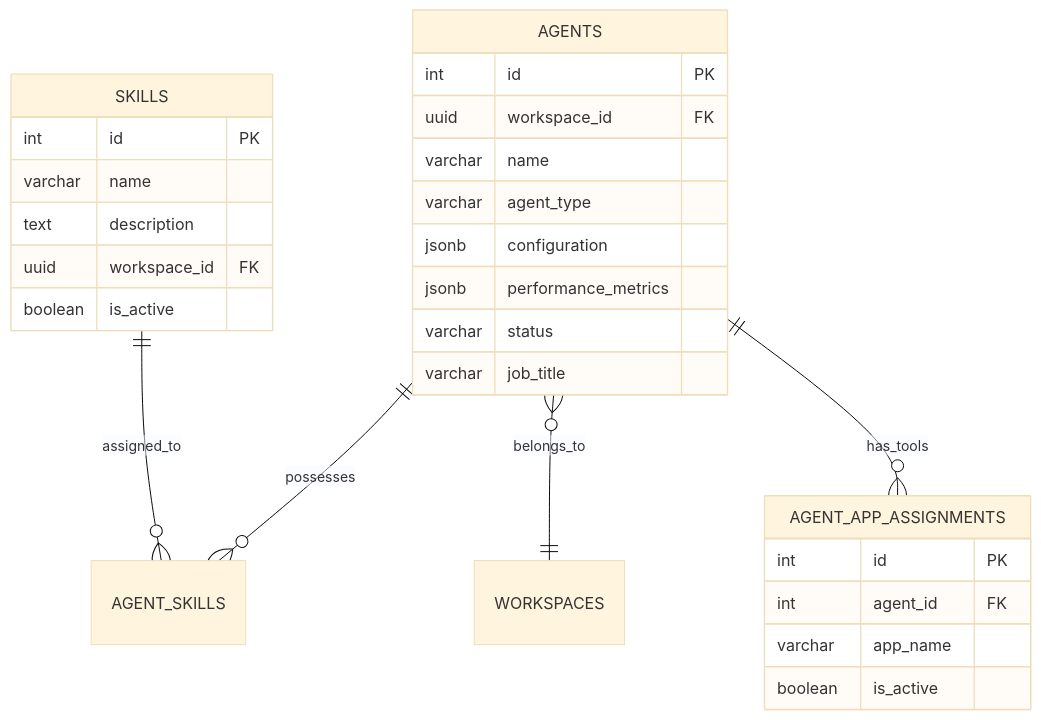
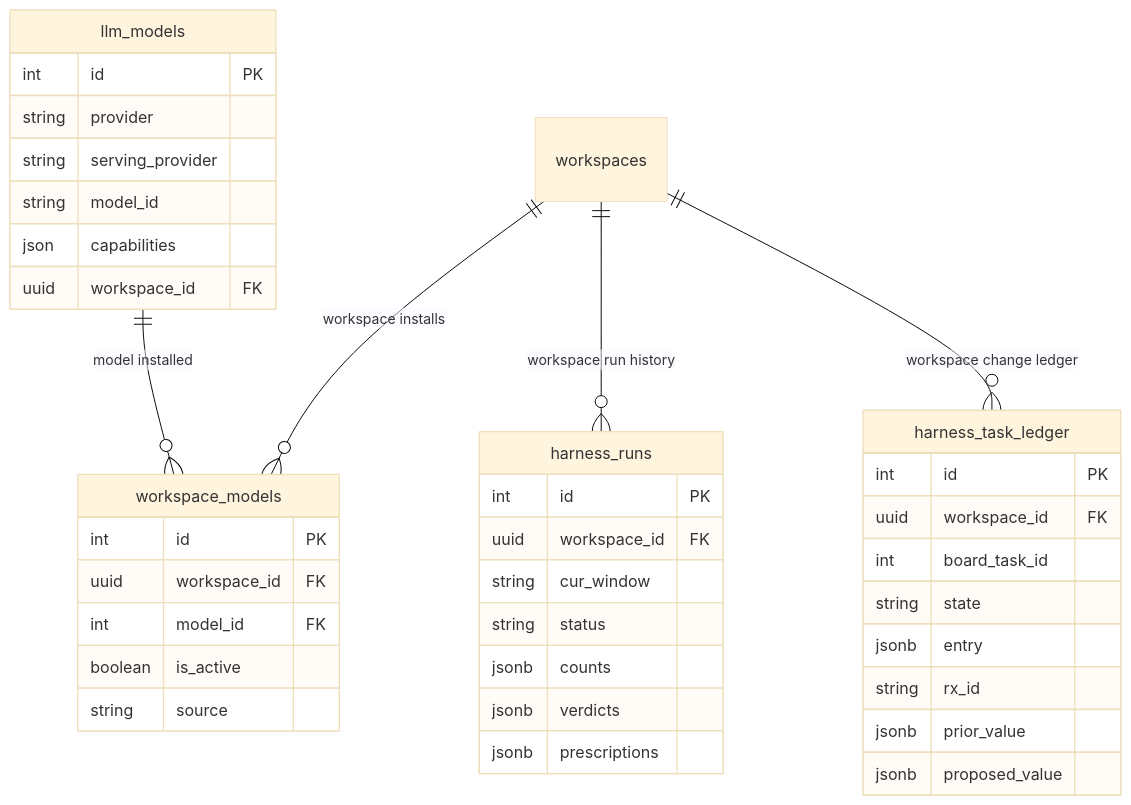
One commit to AutomatosAI/automatos-ai changed the second of 5 diagrams in docs/backend-architecture/database-models-migrations.md. Above: the diagram before and after it, drawn with Mermaid (base theme). The commit also changed other lines of this file and 188 other files, not shown here.

First line of the commit message:
docs: refresh architecture docs and add coverage for new subsystems (#1416)

````diff
--- a/docs/backend-architecture/database-models-migrations.md
+++ b/docs/backend-architecture/database-models-migrations.md
@@ -114,33 +115,45 @@
 ```mermaid
 erDiagram
-    AGENTS ||--o{ AGENT_SKILLS : "possesses"
-    SKILLS ||--o{ AGENT_SKILLS : "assigned_to"
-    AGENTS }o--|| WORKSPACES : "belongs_to"
-    AGENTS ||--o{ AGENT_APP_ASSIGNMENTS : "has_tools"
-    
-    AGENTS {
+    workspaces ||--o{ workspace_models : "workspace installs"
+    llm_models ||--o{ workspace_models : "model installed"
+    workspaces ||--o{ harness_runs : "workspace run history"
+    workspaces ||--o{ harness_task_ledger : "workspace change ledger"
+
+    llm_models {
+        int id PK
+        string provider
+        string serving_provider
+        string model_id
+        json capabilities
+        uuid workspace_id FK
+    }
+
+    workspace_models {
         int id PK
         uuid workspace_id FK
-        varchar name
-        varchar agent_type
-        jsonb configuration
-        jsonb performance_metrics
-        varchar status
-        varchar job_title
+        int model_id FK
+        boolean is_active
+        string source
     }
-    
-    SKILLS {
+
+    harness_runs {
         int id PK
-        varchar name
-        text description
         uuid workspace_id FK
-        boolean is_active
+        string cur_window
+        string status
+        jsonb counts
+        jsonb verdicts
+        jsonb prescriptions
     }
-    
-    AGENT_APP_ASSIGNMENTS {
+
+    harness_task_ledger {
         int id PK
-        int agent_id FK
-        varchar app_name
-        boolean is_active
+        uuid workspace_id FK
+        int board_task_id
+        string state
+        jsonb entry
+        string rx_id
+        jsonb prior_value
+        jsonb proposed_value
     }
 ```
````
